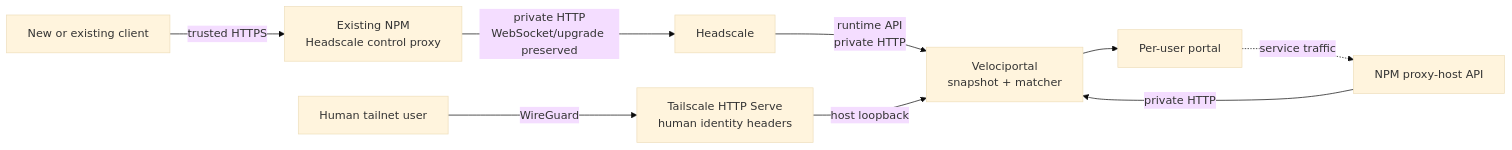
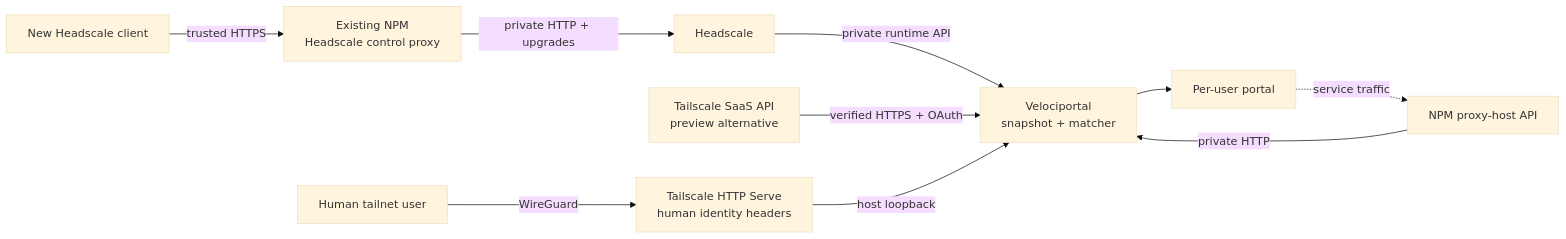
Before and after one commit to cybersader/velociportal: the diagram in README.md, drawn with Mermaid (base theme). The commit also changed other lines of this file and 45 other files, not shown here.

Commit message:
Add Tailscale SaaS control plane support (#3)

````diff
--- a/README.md
+++ b/README.md
@@ -44,11 +47,12 @@
 ```mermaid
 flowchart LR
-    Client["New or existing client"] -->|"trusted HTTPS"| NPMControl["Existing NPM<br/>Headscale control proxy"]
-    NPMControl -->|"private HTTP<br/>WebSocket/upgrade preserved"| HS["Headscale"]
-    HS -->|"runtime API<br/>private HTTP"| VP["Velociportal<br/>snapshot + matcher"]
+    Client["New Headscale client"] -->|"trusted HTTPS"| NPMControl["Existing NPM<br/>Headscale control proxy"]
+    NPMControl -->|"private HTTP + upgrades"| HS["Headscale"]
+    HS -->|"private runtime API"| VP["Velociportal<br/>snapshot + matcher"]
+    SaaS["Tailscale SaaS API<br/>preview alternative"] -->|"verified HTTPS + OAuth"| VP
     NPM["NPM proxy-host API"] -->|"private HTTP"| VP
     Human["Human tailnet user"] -->|"WireGuard"| Serve["Tailscale HTTP Serve<br/>human identity headers"]
     Serve -->|"host loopback"| VP
     VP --> Portal["Per-user portal"]
     Portal -. "service traffic" .-> NPM
 ```
````
